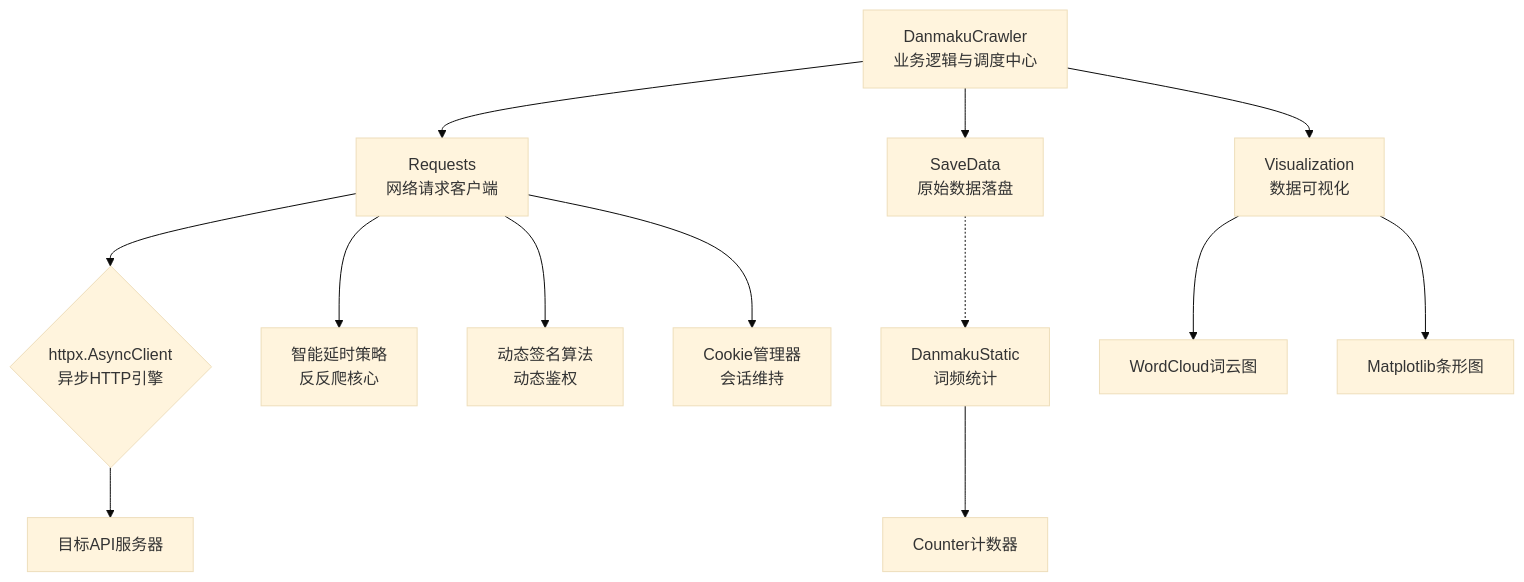
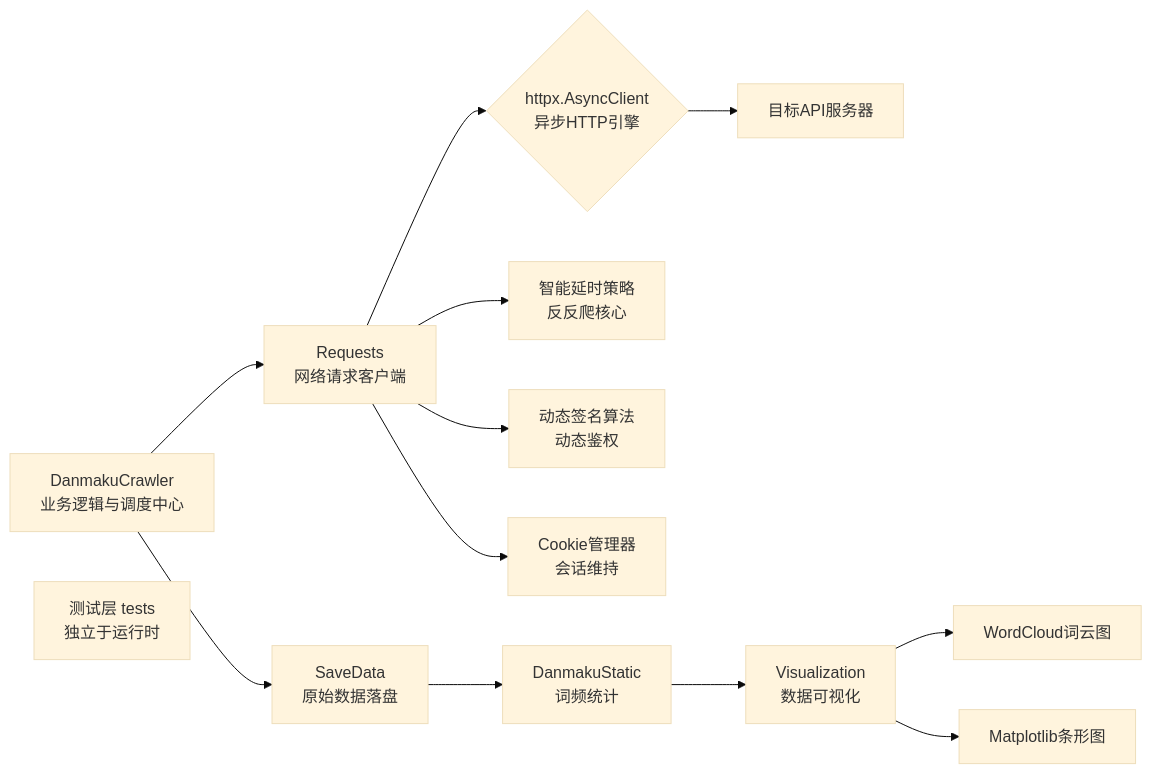
The diagram in README.md (Drift-bottle/media-crawler-analysis), drawn with Mermaid (base theme) before and after one commit. The commit also changed other lines of this file and 7 other files, not shown here.

````diff
--- a/README.md
+++ b/README.md
@@ -17,18 +17,19 @@
 ```mermaid
-flowchart TD
+flowchart LR
     A[DanmakuCrawler<br/>业务逻辑与调度中心] --> B[Requests<br/>网络请求客户端]
     B --> C{httpx.AsyncClient<br/>异步HTTP引擎}
     C --> D[目标API服务器]
     
     B --> E[智能延时策略<br/>反反爬核心]
     B --> F[动态签名算法<br/>动态鉴权]
     B --> G[Cookie管理器<br/>会话维持]
     
     A --> H[SaveData<br/>原始数据落盘]
-    H -.-> I[DanmakuStatic<br/>词频统计]
-    A --> J[Visualization<br/>数据可视化]
+    H --> I[DanmakuStatic<br/>词频统计]
+    I --> J[Visualization<br/>数据可视化]
     
-    I --> K[Counter计数器]
-    J --> L[WordCloud词云图]
-    J --> M[Matplotlib条形图]
+    J --> K[WordCloud词云图]
+    J --> L[Matplotlib条形图]
+    
+    M[测试层 tests<br/>独立于运行时]
 ```
````
